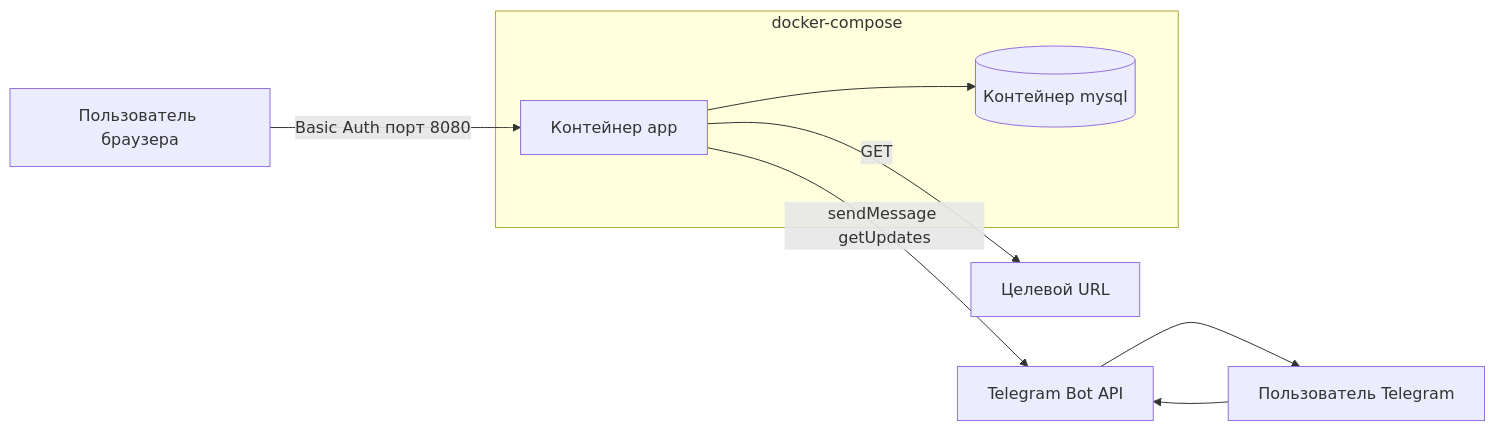
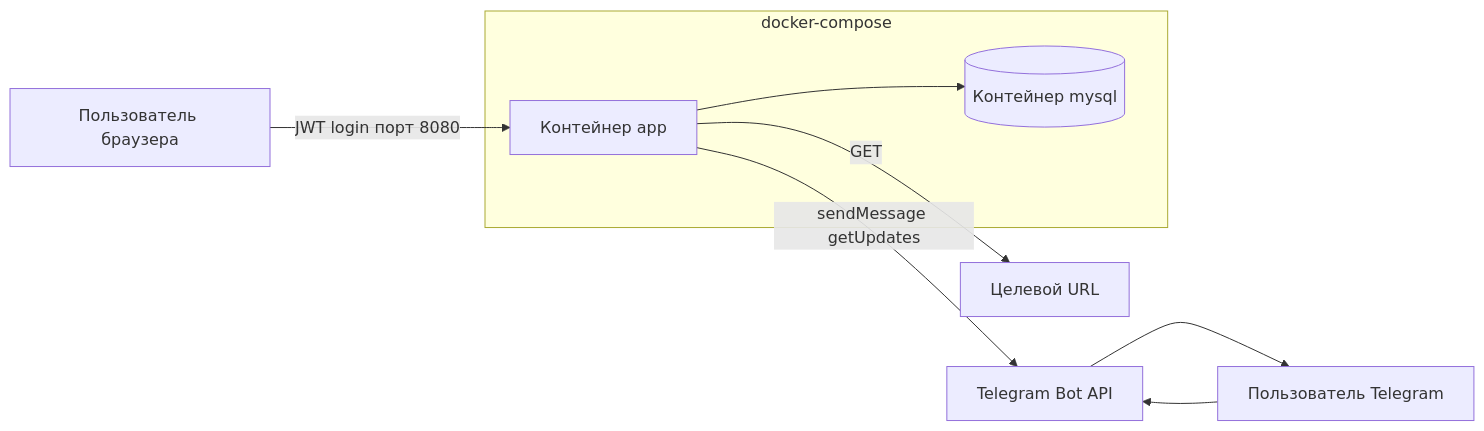
The first of 3 diagrams in docs/architecture.md (mc-lion/WebChecker), drawn with Mermaid before and after one commit. The commit also changed other lines of this file and 23 other files, not shown here.

````diff
--- a/docs/architecture.md
+++ b/docs/architecture.md
@@ -11,17 +11,17 @@
 ```mermaid
 flowchart LR
   User[Пользователь браузера]
   BotUser[Пользователь Telegram]
   Target[Целевой URL]
   subgraph compose [docker-compose]
     App[Контейнер app]
     MySQL[(Контейнер mysql)]
   end
   TG[Telegram Bot API]
-  User -->|Basic Auth порт 8080| App
+  User -->|JWT login порт 8080| App
   App -->|GET| Target
   App --> MySQL
   App -->|sendMessage getUpdates| TG
   BotUser --> TG
   TG --> BotUser
 ```
````
